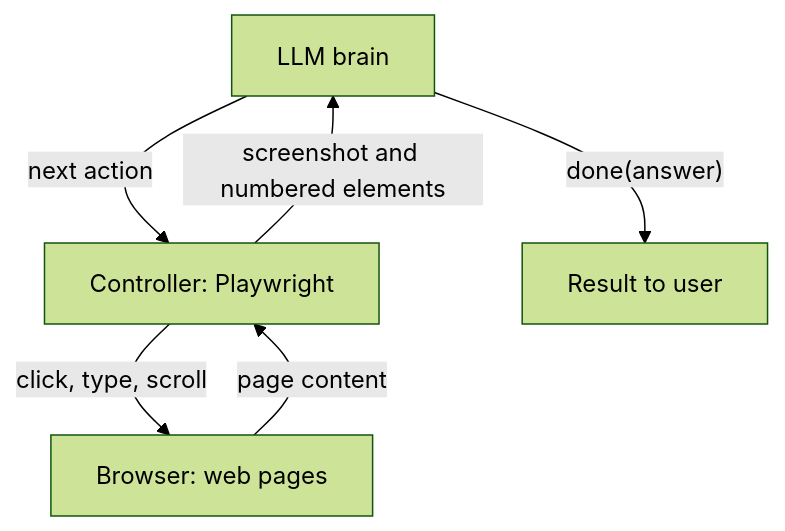
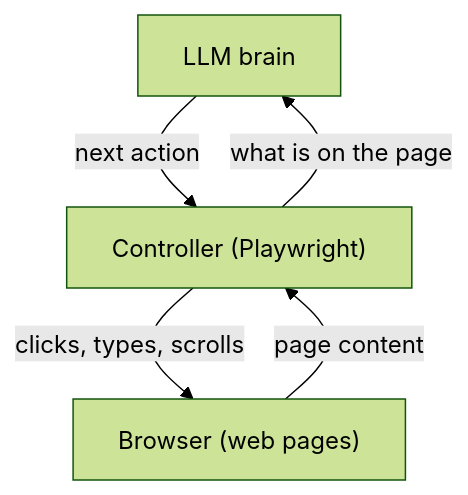
The first of 2 diagrams in notes/step-10-ai-agents-and-agentic-systems/136-how-do-browser-agents-work.md (kaisarnajar/outcome-school-blogs), drawn with Mermaid (forest theme) before and after one commit. The commit also changed other lines of this file and 233 other files, not shown here.

````diff
--- a/notes/step-10-ai-agents-and-agentic-systems/136-how-do-browser-agents-work.md
+++ b/notes/step-10-ai-agents-and-agentic-systems/136-how-do-browser-agents-work.md
@@ -46,8 +29,7 @@
 ```mermaid
 flowchart TD
-    L["LLM brain"] -->|"next action"| C["Controller: Playwright"]
-    C -->|"click, type, scroll"| B["Browser: web pages"]
+    L["LLM brain"] -->|"next action"| C["Controller (Playwright)"]
+    C -->|"clicks, types, scrolls"| B["Browser (web pages)"]
     B -->|"page content"| C
-    C -->|"screenshot and numbered elements"| L
-    L -->|"done(answer)"| R["Result to user"]
+    C -->|"what is on the page"| L
 ```
````
